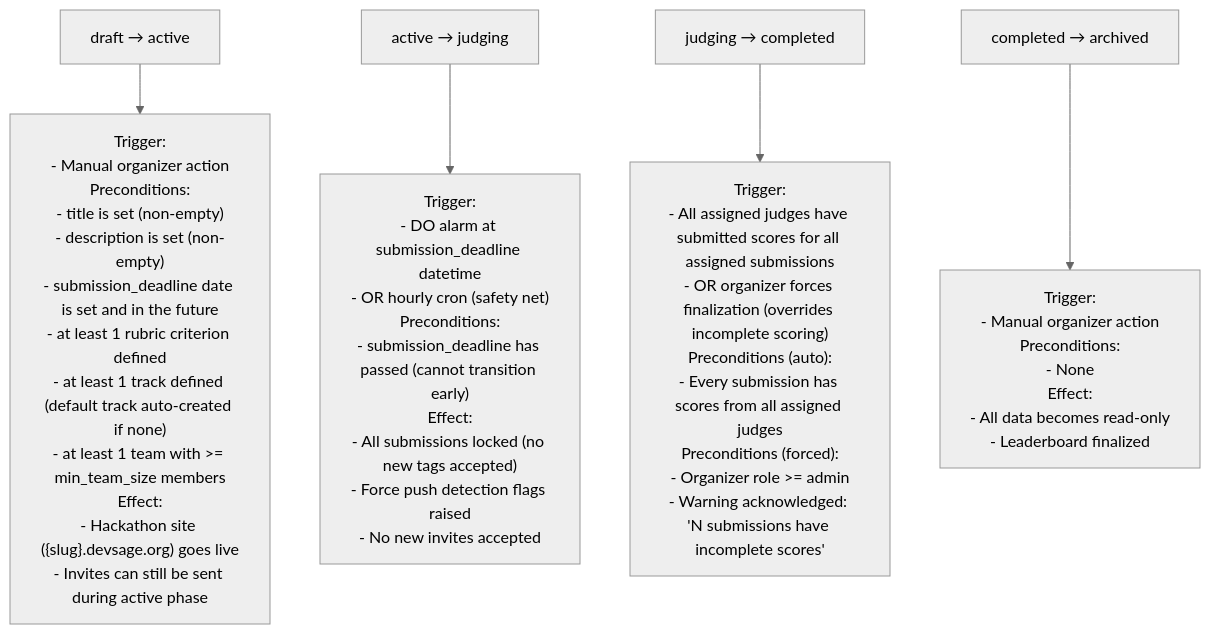
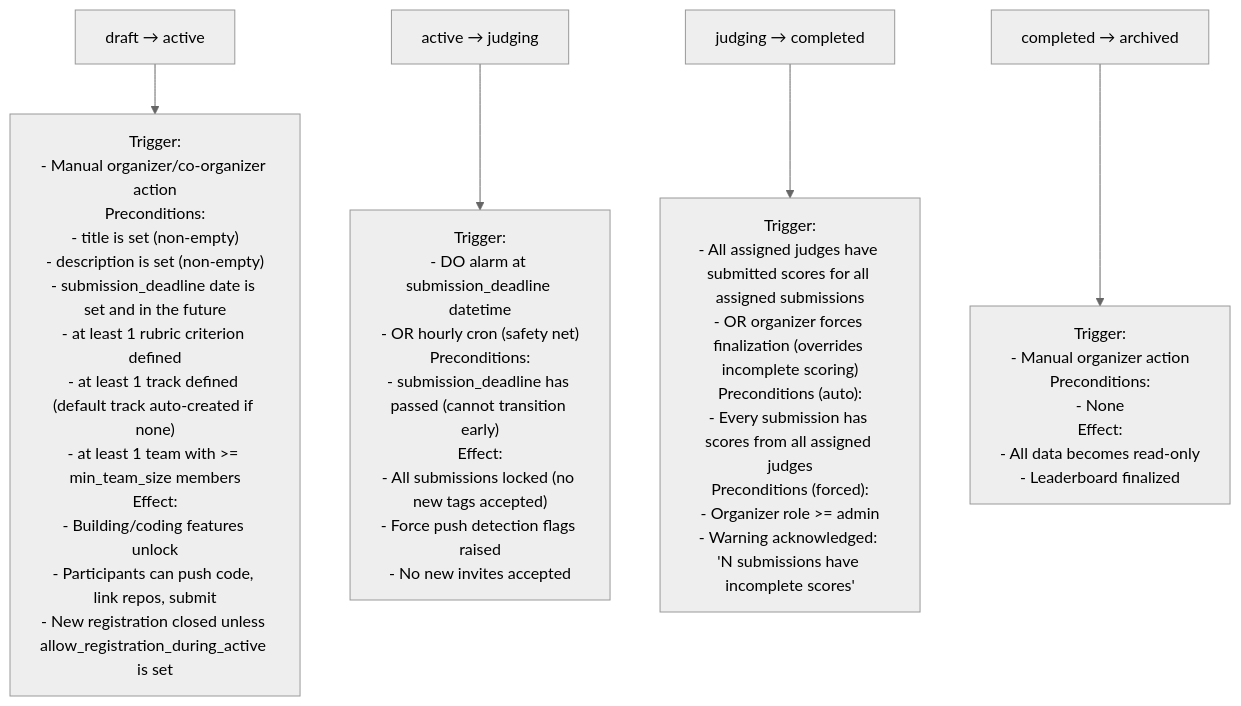
Before and after one commit to devangshupandey2025-stack/DevSage: the second of 7 diagrams in docs/v3/planned/hackathon-lifecycle.md, drawn with Mermaid (neutral theme). The commit also changed other lines of this file and 3 other files, not shown here.

First line of the commit message:
docs(core): verify and fix architecture, auth, lifecycle, and team docs

````diff
--- a/docs/v3/planned/hackathon-lifecycle.md
+++ b/docs/v3/planned/hackathon-lifecycle.md
@@ -113,10 +113,10 @@
 ```mermaid
 flowchart TD
-    A["draft → active"] --> A1["Trigger:<br/>- Manual organizer action<br/>Preconditions:<br/>- title is set (non-empty)<br/>- description is set (non-empty)<br/>- submission_deadline date is set and in the future<br/>- at least 1 rubric criterion defined<br/>- at least 1 track defined (default track auto-created if none)<br/>- at least 1 team with >= min_team_size members<br/>Effect:<br/>- Hackathon site ({slug}.devsage.org) goes live<br/>- Invites can still be sent during active phase"]
+    A["draft → active"] --> A1["Trigger:<br/>- Manual organizer/co-organizer action<br/>Preconditions:<br/>- title is set (non-empty)<br/>- description is set (non-empty)<br/>- submission_deadline date is set and in the future<br/>- at least 1 rubric criterion defined<br/>- at least 1 track defined (default track auto-created if none)<br/>- at least 1 team with >= min_team_size members<br/>Effect:<br/>- Building/coding features unlock<br/>- Participants can push code, link repos, submit<br/>- New registration closed unless allow_registration_during_active is set"]
 
     D["active → judging"] --> D1["Trigger:<br/>- DO alarm at submission_deadline datetime<br/>- OR hourly cron (safety net)<br/>Preconditions:<br/>- submission_deadline has passed (cannot transition early)<br/>Effect:<br/>- All submissions locked (no new tags accepted)<br/>- Force push detection flags raised<br/>- No new invites accepted"]
 
     E["judging → completed"] --> E1["Trigger:<br/>- All assigned judges have submitted scores for all assigned submissions<br/>- OR organizer forces finalization (overrides incomplete scoring)<br/>Preconditions (auto):<br/>- Every submission has scores from all assigned judges<br/>Preconditions (forced):<br/>- Organizer role >= admin<br/>- Warning acknowledged: 'N submissions have incomplete scores'"]
 
     F["completed → archived"] --> F1["Trigger:<br/>- Manual organizer action<br/>Preconditions:<br/>- None<br/>Effect:<br/>- All data becomes read-only<br/>- Leaderboard finalized"]
 ```
````
